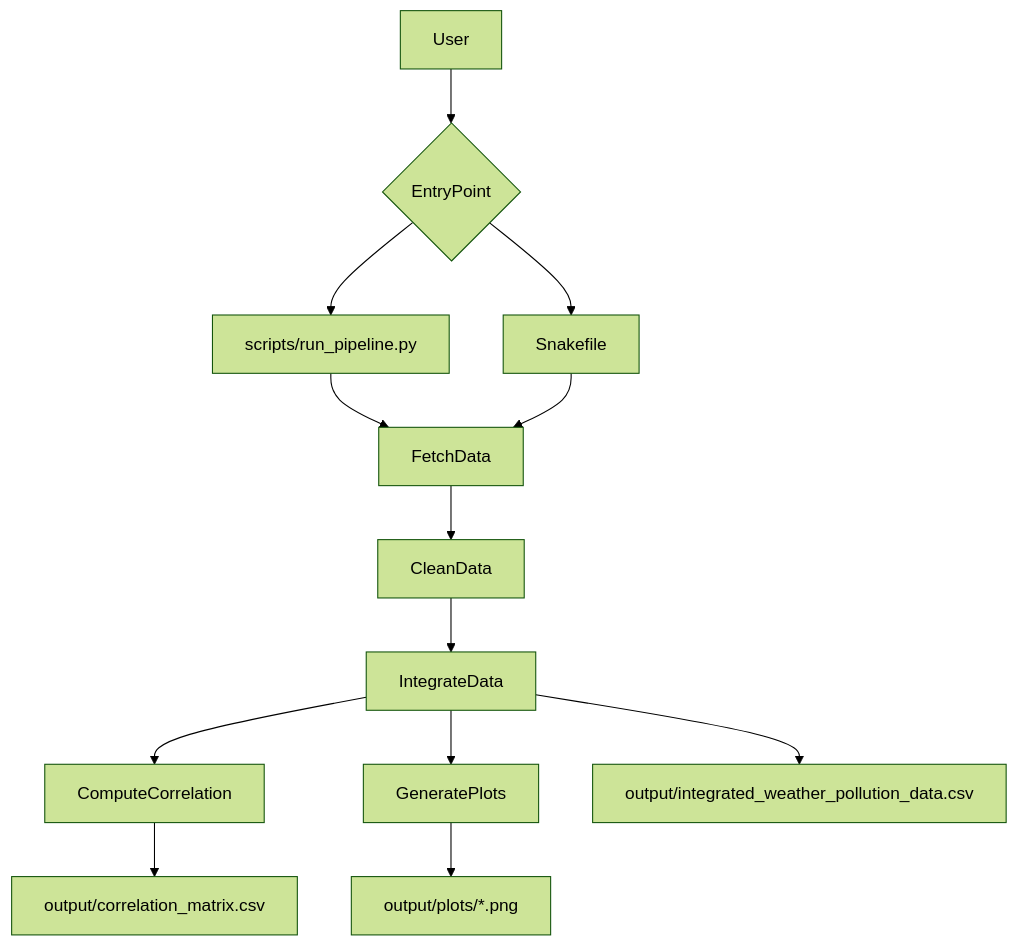
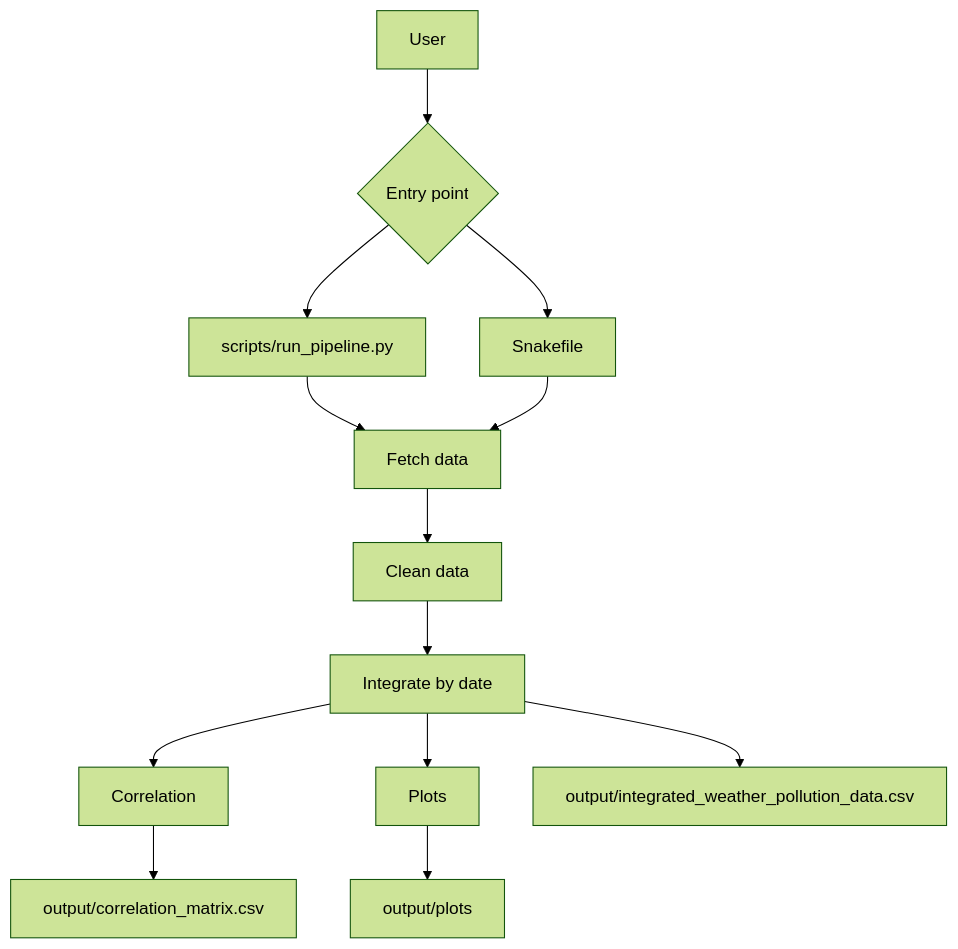
One commit to dvjgenis/Pollutant_Analysis_IS477 changed the diagram in README.md. Above: the diagram before and after it, drawn with Mermaid (forest theme). The commit also changed other lines of this file, not shown here.

````diff
--- a/README.md
+++ b/README.md
@@ -67,15 +81,15 @@
 ```mermaid
 flowchart TD
-    user[User] --> entry{EntryPoint}
+    user[User] --> entry{Entry point}
     entry --> runScript[scripts/run_pipeline.py]
     entry --> snake[Snakefile]
-    runScript --> fetchStep[FetchData]
+    runScript --> fetchStep[Fetch data]
     snake --> fetchStep
-    fetchStep --> cleanStep[CleanData]
-    cleanStep --> integrateStep[IntegrateData]
-    integrateStep --> analyzeStep[ComputeCorrelation]
-    integrateStep --> plotStep[GeneratePlots]
+    fetchStep --> cleanStep[Clean data]
+    cleanStep --> integrateStep[Integrate by date]
+    integrateStep --> analyzeStep[Correlation]
+    integrateStep --> plotStep[Plots]
     analyzeStep --> corrOut[output/correlation_matrix.csv]
     integrateStep --> dataOut[output/integrated_weather_pollution_data.csv]
-    plotStep --> plotOut[output/plots/*.png]
+    plotStep --> plotOut[output/plots]
 ```
````
